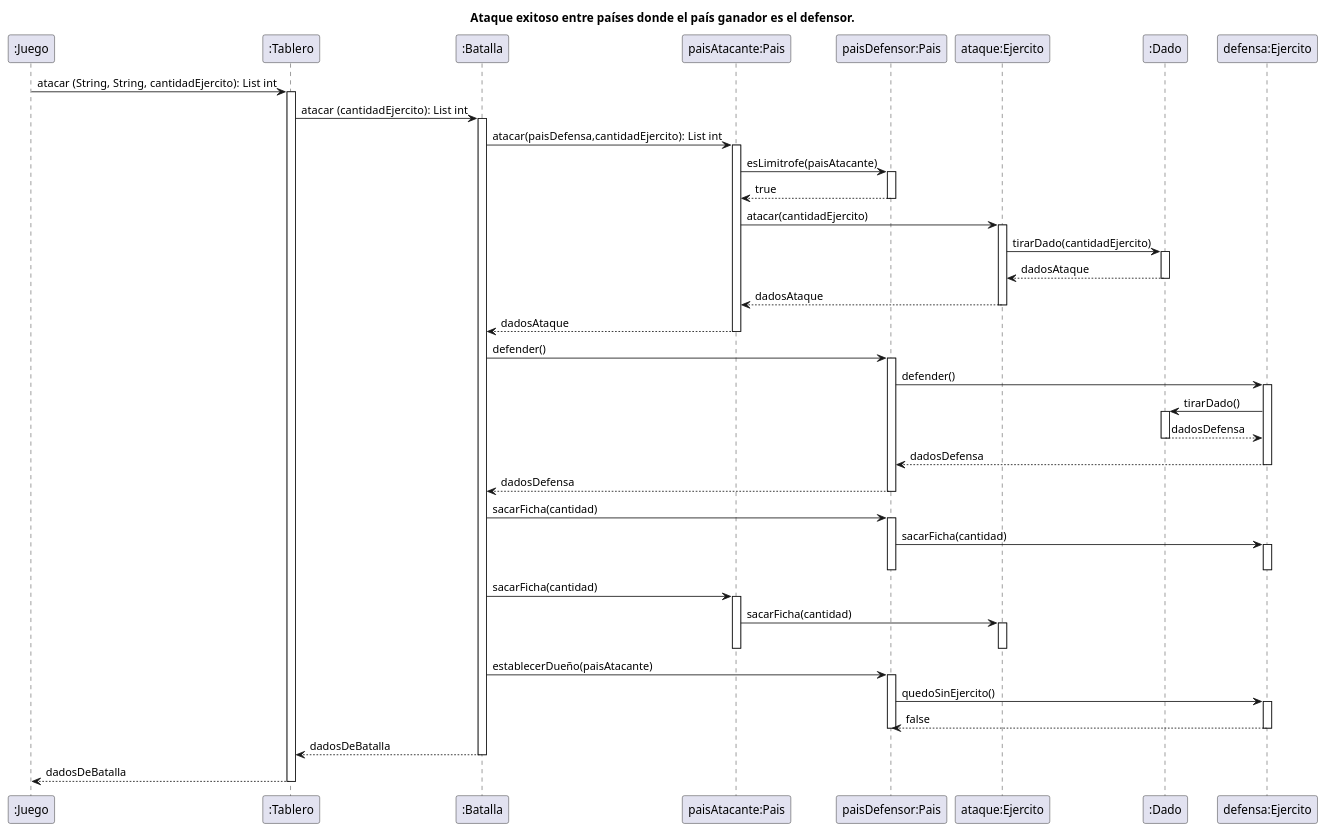
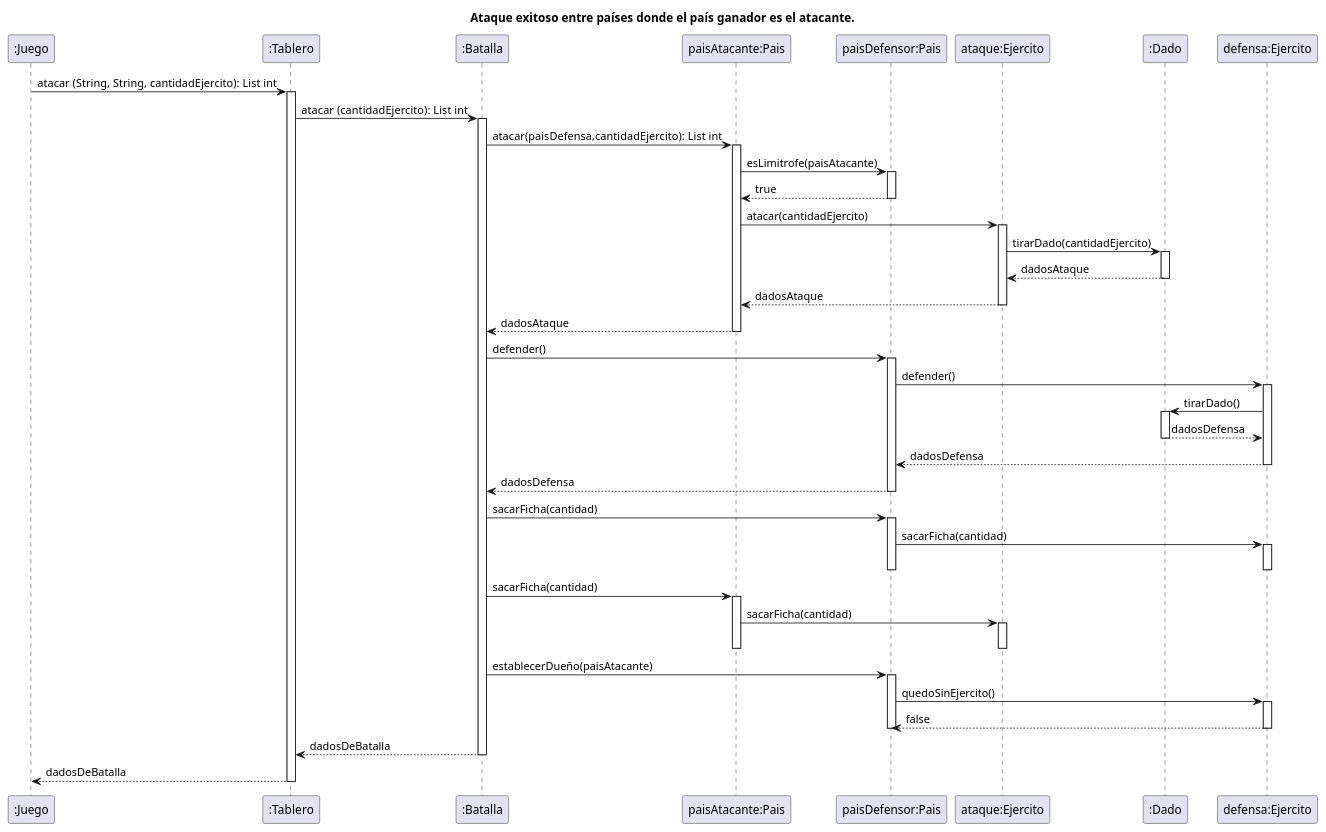
Before and after one commit to daniela41149/algo3_tp2: the diagram in diagramas/secuenciaAtaque.wsd, drawn with PlantUML. The commit also changed 3 other files, not shown here.

```diff
--- a/diagramas/secuenciaAtaque.wsd
+++ b/diagramas/secuenciaAtaque.wsd
@@ -1,63 +1,63 @@
 @startuml
-title: Ataque exitoso entre países donde el país ganador es el defensor.
+title: Ataque exitoso entre países donde el país ganador es el atacante.
 
 ":Juego" -> ":Tablero" : atacar (String, String, cantidadEjercito):  List int
 activate ":Tablero"
 ":Tablero" -> ":Batalla": atacar (cantidadEjercito):  List int
 activate ":Batalla"
 ":Batalla" -> "paisAtacante:Pais": atacar(paisDefensa,cantidadEjercito):  List int
 activate "paisAtacante:Pais"
 "paisAtacante:Pais" -> "paisDefensor:Pais": esLimitrofe(paisAtacante)
 activate "paisDefensor:Pais"
 "paisDefensor:Pais" --> "paisAtacante:Pais": true
 deactivate "paisDefensor:Pais"
 "paisAtacante:Pais" -> "ataque:Ejercito": atacar(cantidadEjercito)
 activate "ataque:Ejercito"
 "ataque:Ejercito" -> ":Dado": tirarDado(cantidadEjercito)
 activate ":Dado"
 ":Dado" --> "ataque:Ejercito": dadosAtaque
 deactivate ":Dado"
 "ataque:Ejercito" --> "paisAtacante:Pais": dadosAtaque
 deactivate "ataque:Ejercito"
 "paisAtacante:Pais" --> ":Batalla": dadosAtaque
 deactivate "paisAtacante:Pais"
 ":Batalla" -> "paisDefensor:Pais": defender()
 activate "paisDefensor:Pais"
 "paisDefensor:Pais" -> "defensa:Ejercito": defender()
 activate "defensa:Ejercito"
 "defensa:Ejercito" -> ":Dado": tirarDado()
 activate ":Dado"
 ":Dado" --> "defensa:Ejercito": dadosDefensa
 deactivate ":Dado"
 "defensa:Ejercito" --> "paisDefensor:Pais": dadosDefensa
 deactivate "defensa:Ejercito"
 "paisDefensor:Pais" --> ":Batalla": dadosDefensa
 deactivate "paisDefensor:Pais"
 
 ":Batalla" -> "paisDefensor:Pais" : sacarFicha(cantidad)
             activate "paisDefensor:Pais"
 "paisDefensor:Pais" -> "defensa:Ejercito": sacarFicha(cantidad)
 activate "defensa:Ejercito"
 deactivate "defensa:Ejercito"
 deactivate "paisDefensor:Pais"
 
 ":Batalla" -> "paisAtacante:Pais" : sacarFicha(cantidad)
             activate "paisAtacante:Pais"
 "paisAtacante:Pais" -> "ataque:Ejercito": sacarFicha(cantidad)
 activate "ataque:Ejercito"
 deactivate "ataque:Ejercito"
 deactivate "paisAtacante:Pais"
 ":Batalla" -> "paisDefensor:Pais" : establecerDueño(paisAtacante)
             activate "paisDefensor:Pais"
 "paisDefensor:Pais" -> "defensa:Ejercito": quedoSinEjercito()
 activate "defensa:Ejercito"
 "defensa:Ejercito" --> "paisDefensor:Pais": false
 deactivate "defensa:Ejercito"
 
 deactivate "paisAtacante:Pais"
 deactivate "paisDefensor:Pais"
 ":Batalla" --> ":Tablero": dadosDeBatalla
 deactivate ":Batalla"
 ":Tablero" --> ":Juego": dadosDeBatalla
 deactivate ":Tablero"
 @enduml
```
